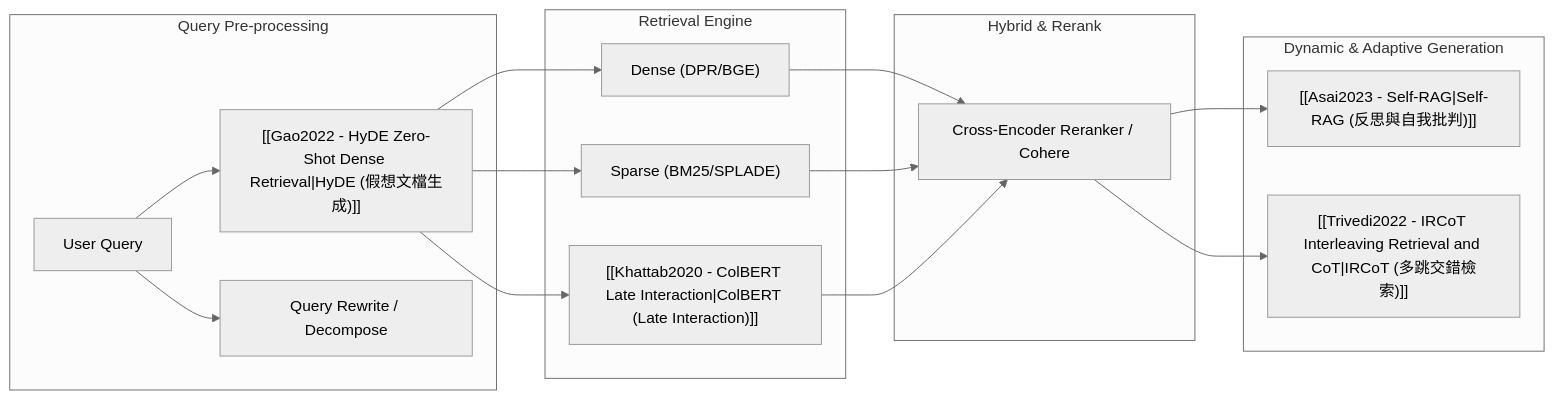
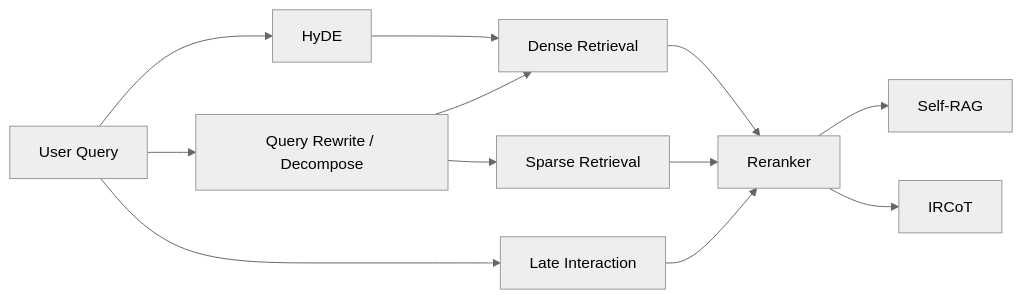
Before and after one commit to Cycl0n3-ga/RAG-survey: the diagram in 02 - 研究領域專題 (Research Domains)/Domain 03 - 先進 RAG 與檢索機制 (ColBERT, HyDE, Self-RAG).md, drawn with Mermaid (neutral theme). The commit also changed other lines of this file, not shown here.

Commit message:
fix(rag): correct DPR HyDE claims and Mermaid syntax

````diff
--- a/02 - 研究領域專題 (Research Domains)/Domain 03 - 先進 RAG 與檢索機制 (ColBERT, HyDE, Self-RAG).md
+++ b/02 - 研究領域專題 (Research Domains)/Domain 03 - 先進 RAG 與檢索機制 (ColBERT, HyDE, Self-RAG).md
@@ -25,22 +25,24 @@
 ```mermaid
-graph LR
-    subgraph Query Pre-processing
-        Q["User Query"] --> HY["[[Gao2022 - HyDE Zero-Shot Dense Retrieval|HyDE (假想文檔生成)]]"]
-        Q --> CR["Query Rewrite / Decompose"]
-    end
+flowchart LR
+    Q["User Query"]
+    HY["HyDE"]
+    RW["Query Rewrite / Decompose"]
+    DR["Dense Retrieval"]
+    SP["Sparse Retrieval"]
+    LI["Late Interaction"]
+    RR["Reranker"]
+    SR["Self-RAG"]
+    IR["IRCoT"]
 
-    subgraph Retrieval Engine
-        HY --> DR["Dense (DPR/BGE)"]
-        HY --> SP["Sparse (BM25/SPLADE)"]
-        HY --> LI["[[Khattab2020 - ColBERT Late Interaction|ColBERT (Late Interaction)]]"]
-    end
-
-    subgraph Hybrid & Rerank
-        DR & SP & LI --> RR["Cross-Encoder Reranker / Cohere"]
-    end
-
-    subgraph Dynamic & Adaptive Generation
-        RR --> SR["[[Asai2023 - Self-RAG|Self-RAG (反思與自我批判)]]"]
-        RR --> IR["[[Trivedi2022 - IRCoT Interleaving Retrieval and CoT|IRCoT (多跳交錯檢索)]]"]
-    end
+    Q --> HY
+    Q --> RW
+    HY --> DR
+    RW --> DR
+    RW --> SP
+    Q --> LI
+    DR --> RR
+    SP --> RR
+    LI --> RR
+    RR --> SR
+    RR --> IR
 ```
````
